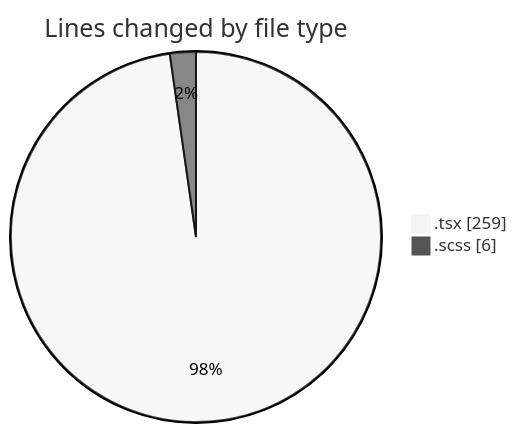
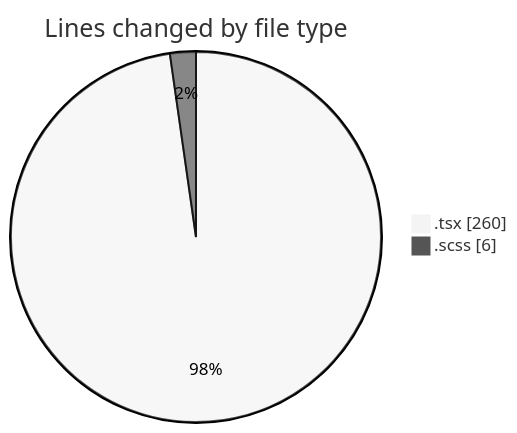
The first of 2 diagrams in 2026-04-10/cda/README.md (momahboobian/code-tracking), drawn with Mermaid (neutral theme) before and after one commit. The commit also changed other lines of this file and 1 other file, not shown here.

````diff
--- a/2026-04-10/cda/README.md
+++ b/2026-04-10/cda/README.md
@@ -22,6 +22,6 @@
 ```mermaid
 pie showData
 title Lines changed by file type
-".tsx" : 259
+".tsx" : 260
 ".scss" : 6
 ```
````
